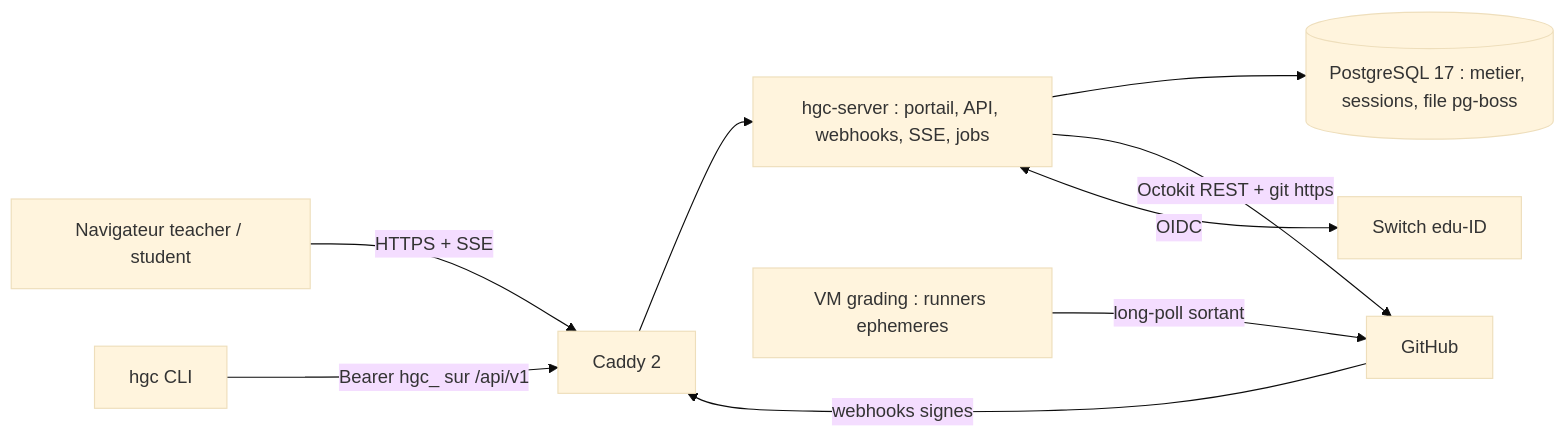
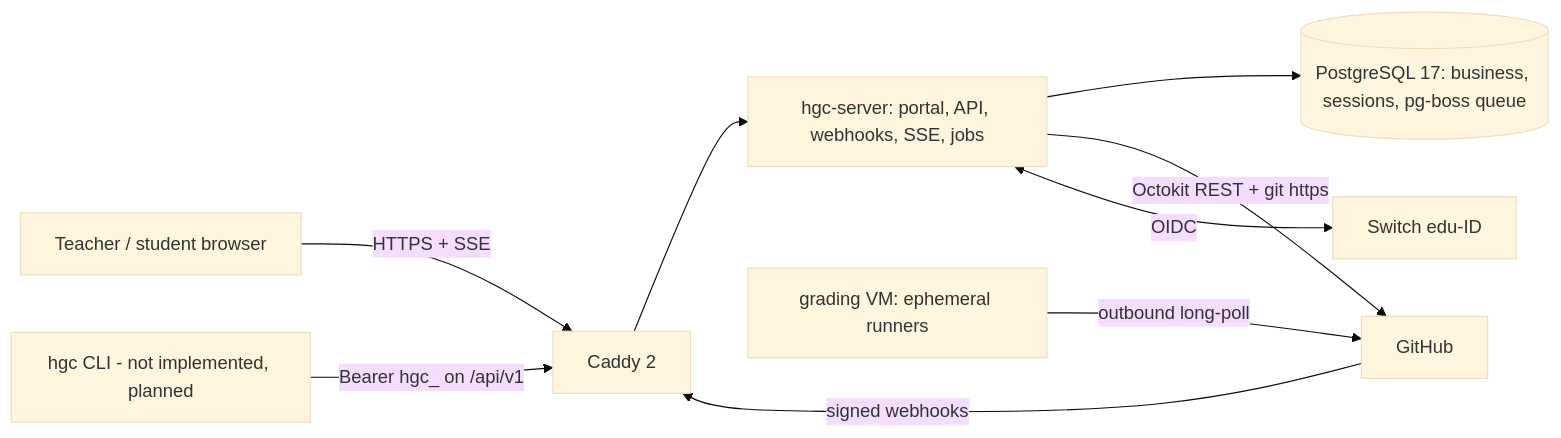
Before and after one commit to heig-tin-info/heig-classroom: the diagram in docs/03-architecture.md, drawn with Mermaid (base theme). The commit also changed other lines of this file and 149 other files, not shown here.

````diff
--- a/docs/03-architecture.md
+++ b/docs/03-architecture.md
@@ -74,11 +74,11 @@
 ```mermaid
 flowchart LR
-  B[Navigateur teacher / student] -->|HTTPS + SSE| C[Caddy 2]
-  CLI[hgc CLI] -->|Bearer hgc_ sur /api/v1| C
-  GH[GitHub] -->|webhooks signes| C
-  C --> S[hgc-server : portail, API, webhooks, SSE, jobs]
-  S --> PG[(PostgreSQL 17 : metier, sessions, file pg-boss)]
+  B[Teacher / student browser] -->|HTTPS + SSE| C[Caddy 2]
+  CLI["hgc CLI - not implemented, planned"] -->|Bearer hgc_ on /api/v1| C
+  GH[GitHub] -->|signed webhooks| C
+  C --> S[hgc-server: portal, API, webhooks, SSE, jobs]
+  S --> PG[(PostgreSQL 17: business, sessions, pg-boss queue)]
   S -->|Octokit REST + git https| GH
   S <-->|OIDC| ID[Switch edu-ID]
-  R[VM grading : runners ephemeres] -->|long-poll sortant| GH
+  R[grading VM: ephemeral runners] -->|outbound long-poll| GH
 ```
````
